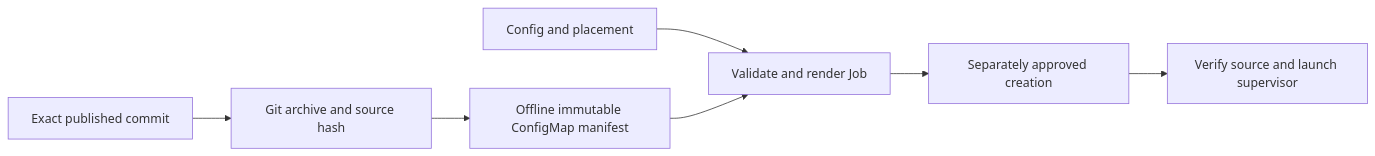
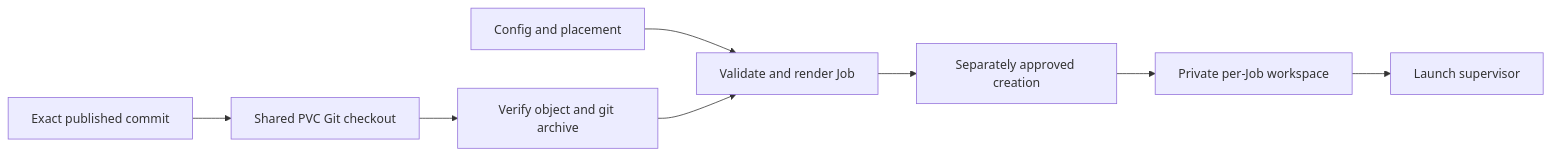
The diagram in docs/components_design/source-delivery-major-component.md (IamNirmata/c-val), drawn with Mermaid before and after one commit. The commit also changed other lines of this file and 13 other files, not shown here.

Commit message:
Use PVC checkout for exact Job source

````diff
--- a/docs/components_design/source-delivery-major-component.md
+++ b/docs/components_design/source-delivery-major-component.md
@@ -28,9 +44,10 @@
 ```mermaid
 flowchart LR
-    Commit[Exact published commit] --> Bundle[Git archive and source hash]
-    Bundle --> CM[Offline immutable ConfigMap manifest]
-    Config[Config and placement] --> Render[Validate and render Job]
-    CM --> Render
-    Render --> Gate[Separately approved creation]
-    Gate --> Bootstrap[Verify source and launch supervisor]
+   Commit[Exact published commit] --> PVC[Shared PVC Git checkout]
+   PVC --> Bootstrap[Verify object and git archive]
+   Config[Config and placement] --> Render[Validate and render Job]
+   Bootstrap --> Render
+   Render --> Gate[Separately approved creation]
+   Gate --> Workspace[Private per-Job workspace]
+   Workspace --> Supervisor[Launch supervisor]
 ```
````
